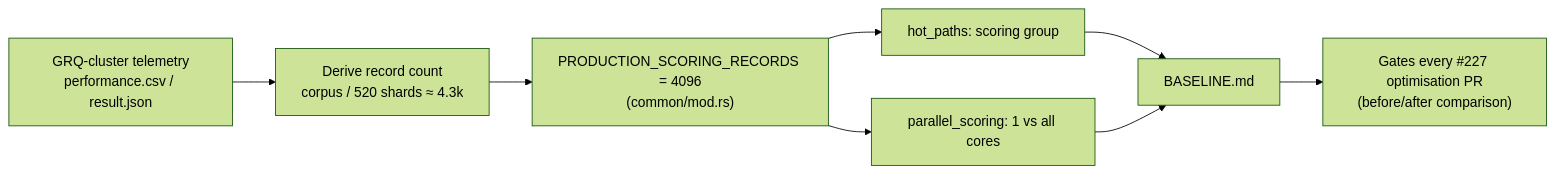
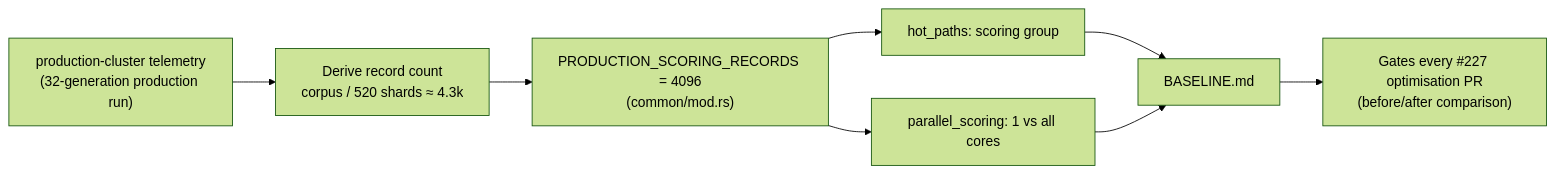
Before and after one commit to stSoftwareAU/NEAT-AI-core: the diagram in docs/archive/pr-summaries/pr-summary-228.md, drawn with Mermaid (forest theme). The commit also changed other lines of this file and 14 other files, not shown here.

````diff
--- a/docs/archive/pr-summaries/pr-summary-228.md
+++ b/docs/archive/pr-summaries/pr-summary-228.md
@@ -72,10 +72,10 @@
 ```mermaid
 flowchart LR
-    T["GRQ-cluster telemetry<br/>performance.csv / result.json"] --> D["Derive record count<br/>corpus / 520 shards ≈ 4.3k"]
+    T["production-cluster telemetry<br/>(32-generation production run)"] --> D["Derive record count<br/>corpus / 520 shards ≈ 4.3k"]
     D --> C["PRODUCTION_SCORING_RECORDS = 4096<br/>(common/mod.rs)"]
     C --> H["hot_paths: scoring group"]
     C --> P["parallel_scoring: 1 vs all cores"]
     H --> B["BASELINE.md"]
     P --> B
     B --> O["Gates every #227 optimisation PR<br/>(before/after comparison)"]
 ```
````
